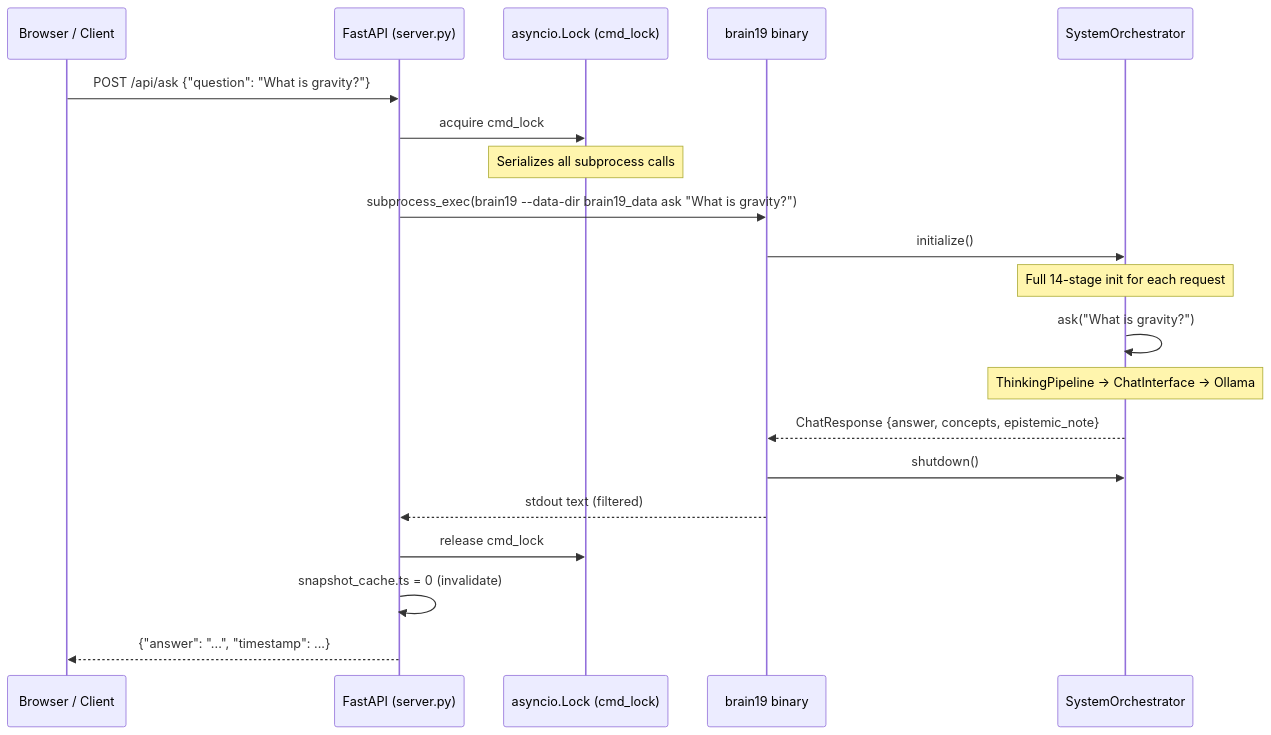
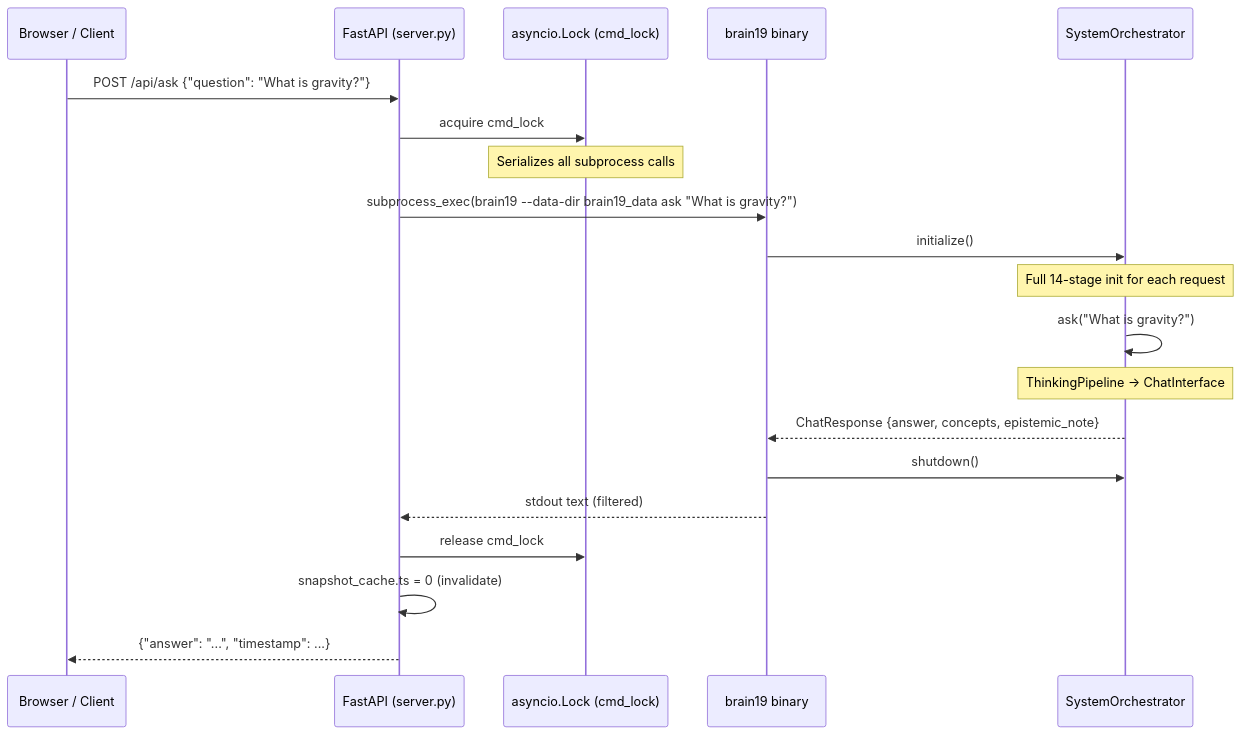
Before and after one commit to LtnNoob/Brain: the first of 9 diagrams in docs/SEQUENCE_DIAGRAMS.md, drawn with Mermaid. The commit also changed 30 other files, not shown here.

````diff
--- a/docs/SEQUENCE_DIAGRAMS.md
+++ b/docs/SEQUENCE_DIAGRAMS.md
@@ -27,31 +27,31 @@
 ```mermaid
 sequenceDiagram
     participant Client as Browser / Client
     participant FA as FastAPI (server.py)
     participant Lock as asyncio.Lock (cmd_lock)
     participant BIN as brain19 binary
     participant SO as SystemOrchestrator
 
     Client->>FA: POST /api/ask {"question": "What is gravity?"}
 
     FA->>Lock: acquire cmd_lock
     Note over Lock: Serializes all subprocess calls
 
     FA->>BIN: subprocess_exec(brain19 --data-dir brain19_data ask "What is gravity?")
 
     BIN->>SO: initialize()
     Note over SO: Full 14-stage init for each request
 
     SO->>SO: ask("What is gravity?")
-    Note over SO: ThinkingPipeline → ChatInterface → Ollama
+    Note over SO: ThinkingPipeline → ChatInterface
 
     SO-->>BIN: ChatResponse {answer, concepts, epistemic_note}
 
     BIN->>SO: shutdown()
     BIN-->>FA: stdout text (filtered)
 
     FA->>Lock: release cmd_lock
     FA->>FA: snapshot_cache.ts = 0 (invalidate)
 
     FA-->>Client: {"answer": "...", "timestamp": ...}
 ```
````
